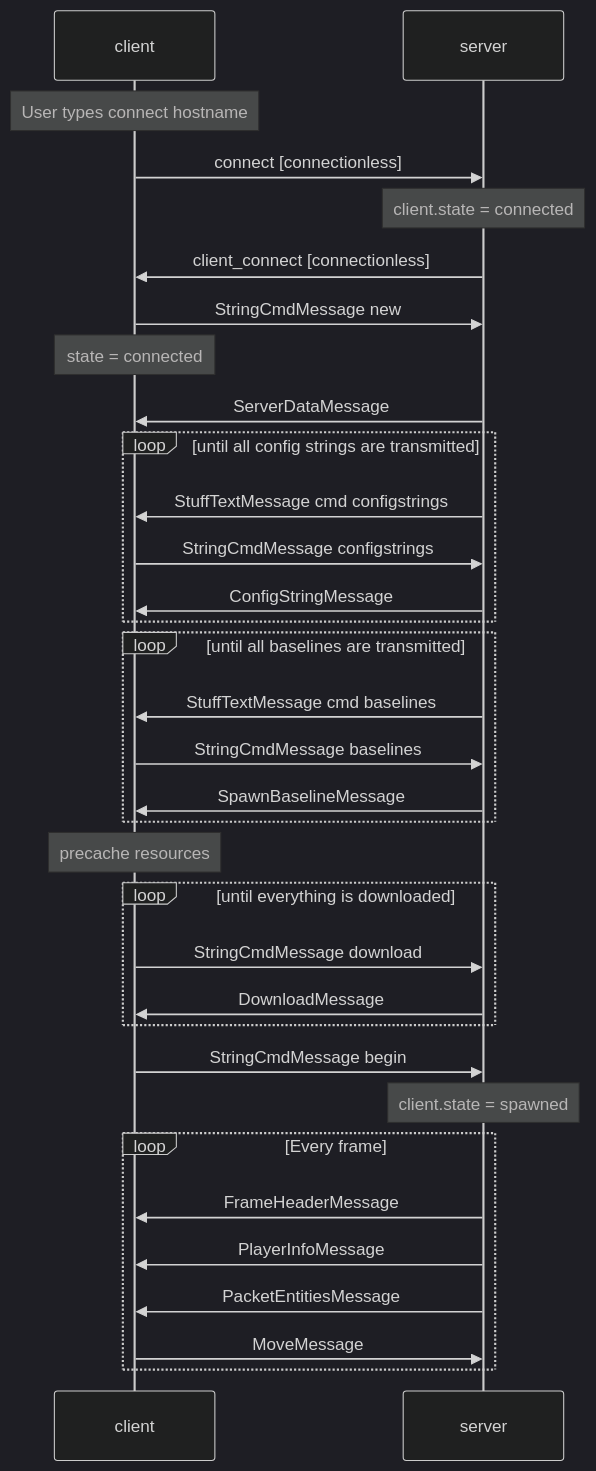
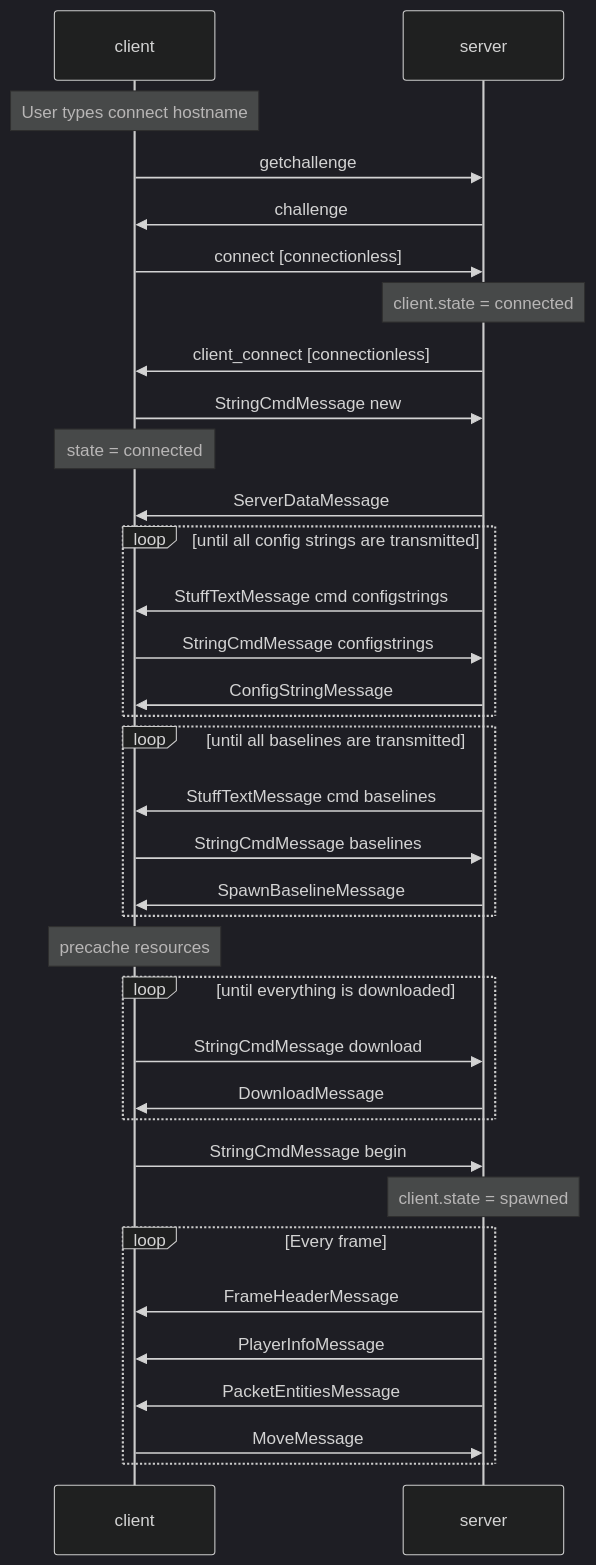
The diagram in info/Networking.md (demoth/jake2), drawn with Mermaid (dark theme) before and after one commit.

Commit message:
Add challenge exchange step

````diff
--- a/info/Networking.md
+++ b/info/Networking.md
@@ -48,40 +48,42 @@
 ```mermaid
 sequenceDiagram
     participant client
     participant server
 
     Note over client: User types connect hostname
+    client->>server: getchallenge
+    server->>client: challenge
     client->>server: connect [connectionless]
     Note over server: client.state = connected
     server->>client: client_connect [connectionless]
     client->>server: StringCmdMessage new
     Note over client: state = connected
     server->>client: ServerDataMessage
 
     loop until all config strings are transmitted
         server->>client: StuffTextMessage cmd configstrings
         client->>server: StringCmdMessage configstrings
         server->>client: ConfigStringMessage
     end
 
     loop until all baselines are transmitted
         server->>client: StuffTextMessage cmd baselines
         client->>server: StringCmdMessage baselines
         server->>client: SpawnBaselineMessage
     end
     Note over client: precache resources
     loop until everything is downloaded
         client->>server: StringCmdMessage download
         server->>client: DownloadMessage
     end
 
     client->>server: StringCmdMessage begin
     Note over server: client.state = spawned
 
     loop Every frame
         server->>client: FrameHeaderMessage
         server->>client: PlayerInfoMessage
         server->>client: PacketEntitiesMessage
         client->>server: MoveMessage
     end
 ```
````
